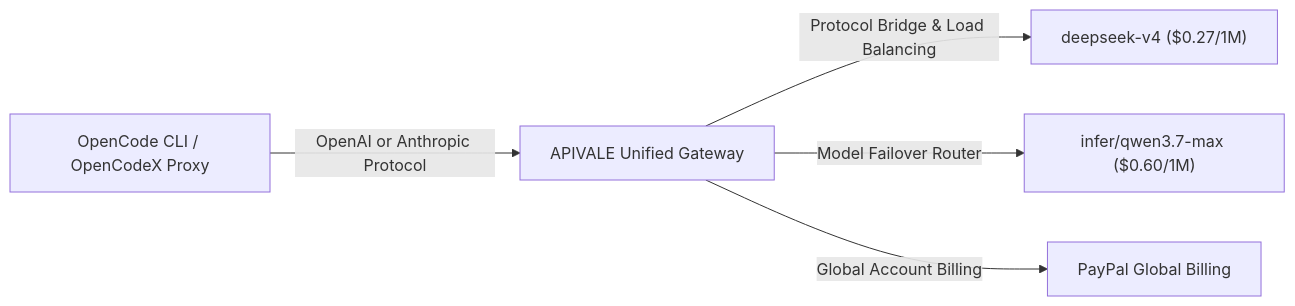
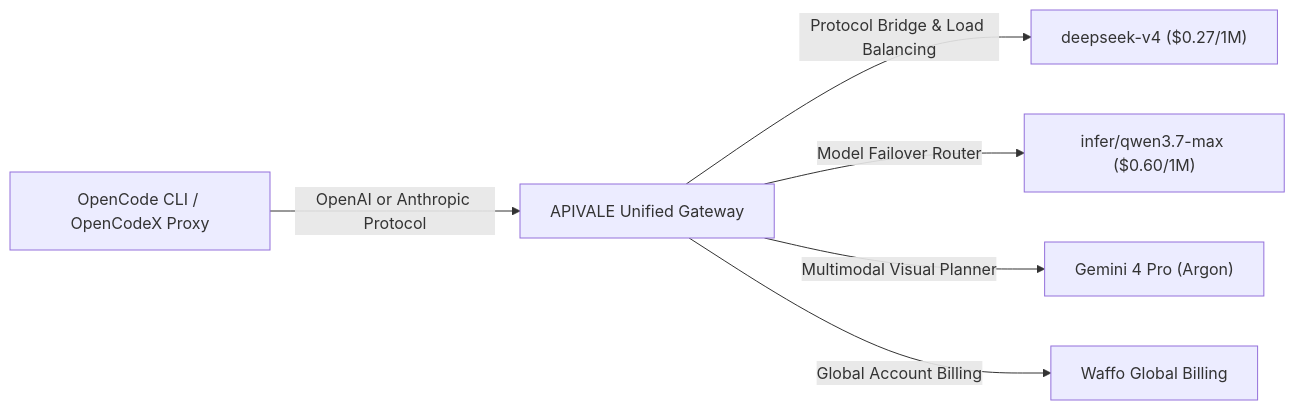
One commit to bshx2024/apivel_blog changed the diagram in src/content/blog/how-to-reduce-opencode-token-costs.md. Above: the diagram before and after it, drawn with Mermaid. The commit also changed other lines of this file and 4 other files, not shown here.

Commit message:
feat(blog): publish gemini 4 pro release date & hybrid cost optimization guide

````diff
--- a/src/content/blog/how-to-reduce-opencode-token-costs.md
+++ b/src/content/blog/how-to-reduce-opencode-token-costs.md
@@ -33,7 +33,8 @@
 ```mermaid
 graph LR
     A["OpenCode CLI / OpenCodeX Proxy"] -->|OpenAI or Anthropic Protocol| B["APIVALE Unified Gateway"]
     B -->|Protocol Bridge & Load Balancing| C["deepseek-v4 ($0.27/1M)"]
     B -->|Model Failover Router| D["infer/qwen3.7-max ($0.60/1M)"]
-    B -->|Global Account Billing| E["PayPal Global Billing"]
+    B -->|Multimodal Visual Planner| F["Gemini 4 Pro (Argon)"]
+    B -->|Global Account Billing| E["Waffo Global Billing"]
 ```
````
